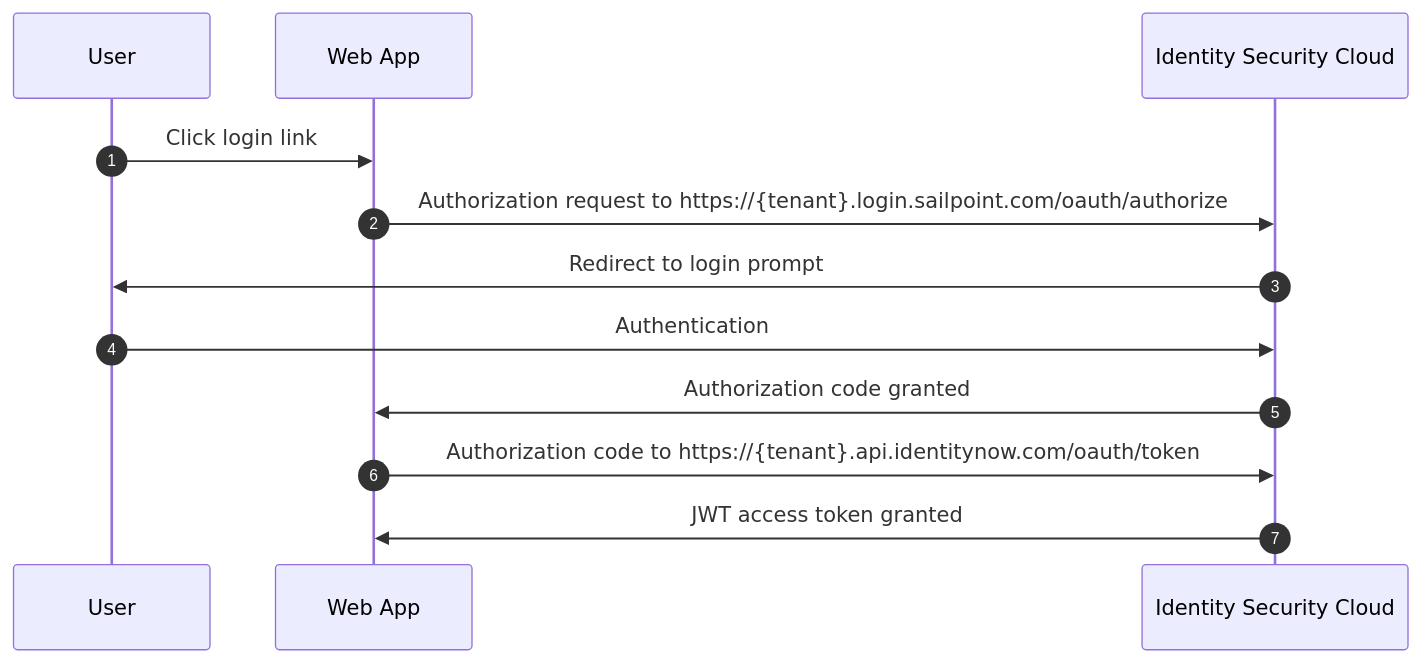
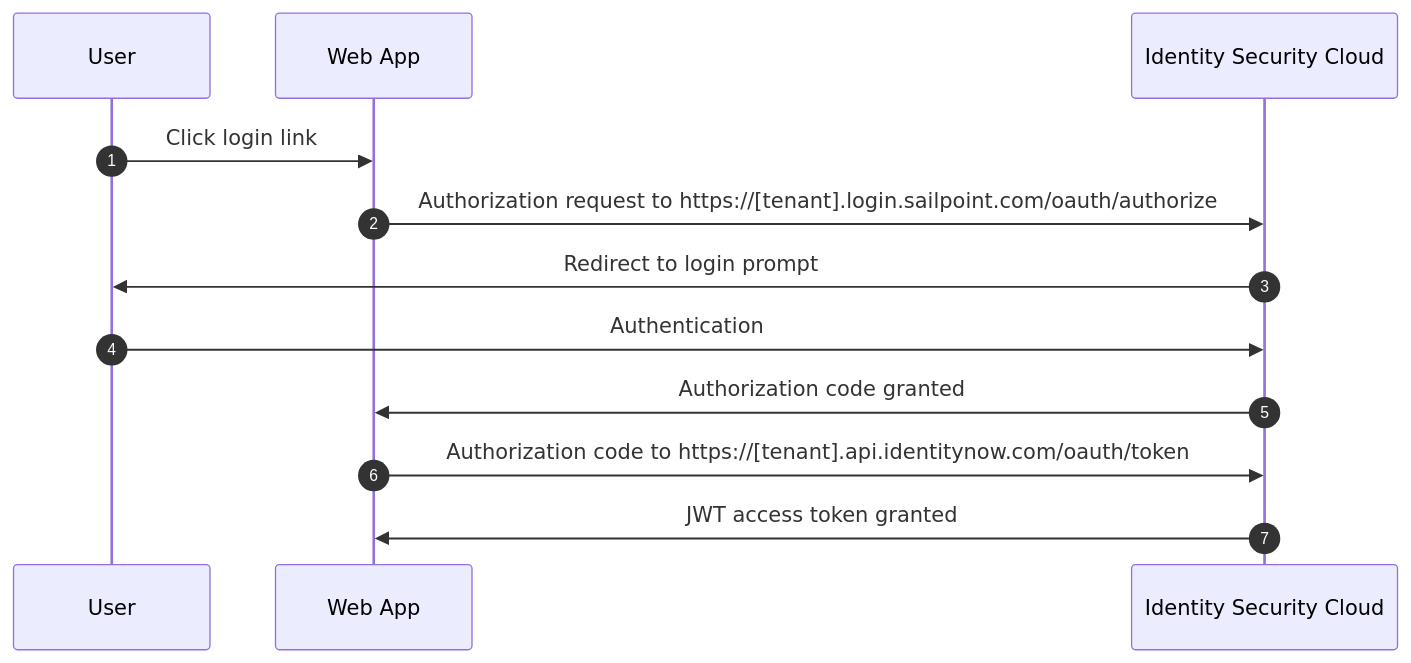
Before and after one commit to sailpoint-oss/developer.sailpoint.com: the second of 2 diagrams in docs/api/authentication.md, drawn with Mermaid. The commit also changed other lines of this file and 5 other files, not shown here.

````diff
--- a/docs/api/authentication.md
+++ b/docs/api/authentication.md
@@ -246,15 +246,15 @@
 ```mermaid
 sequenceDiagram
     autonumber
     participant U as User
     participant W as Web App
     participant I as Identity Security Cloud
 
     U->>W: Click login link
-    W->>I: Authorization request to https://{tenant}.login.sailpoint.com/oauth/authorize
+    W->>I: Authorization request to https://[tenant].login.sailpoint.com/oauth/authorize
     I->>U: Redirect to login prompt
     U->>I: Authentication
     I->>W: Authorization code granted
-    W->>I: Authorization code to https://{tenant}.api.identitynow.com/oauth/token
+    W->>I: Authorization code to https://[tenant].api.identitynow.com/oauth/token
     I->>W: JWT access token granted
 ```
````
